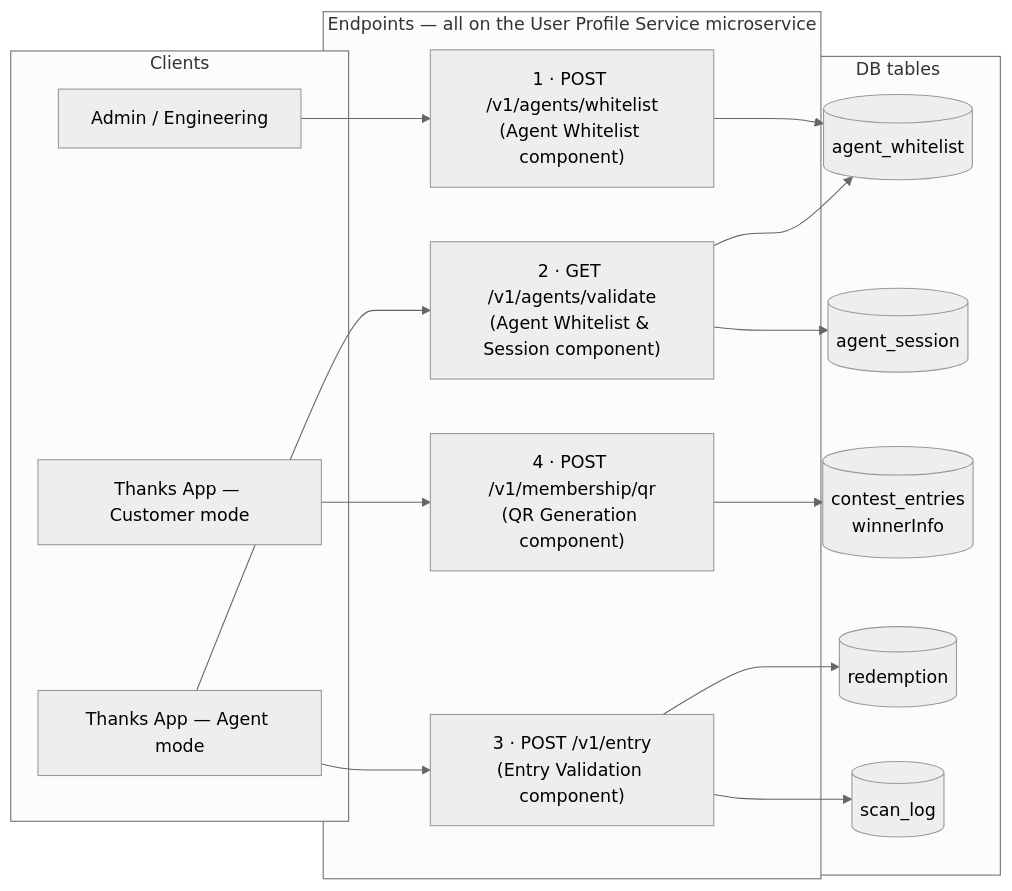
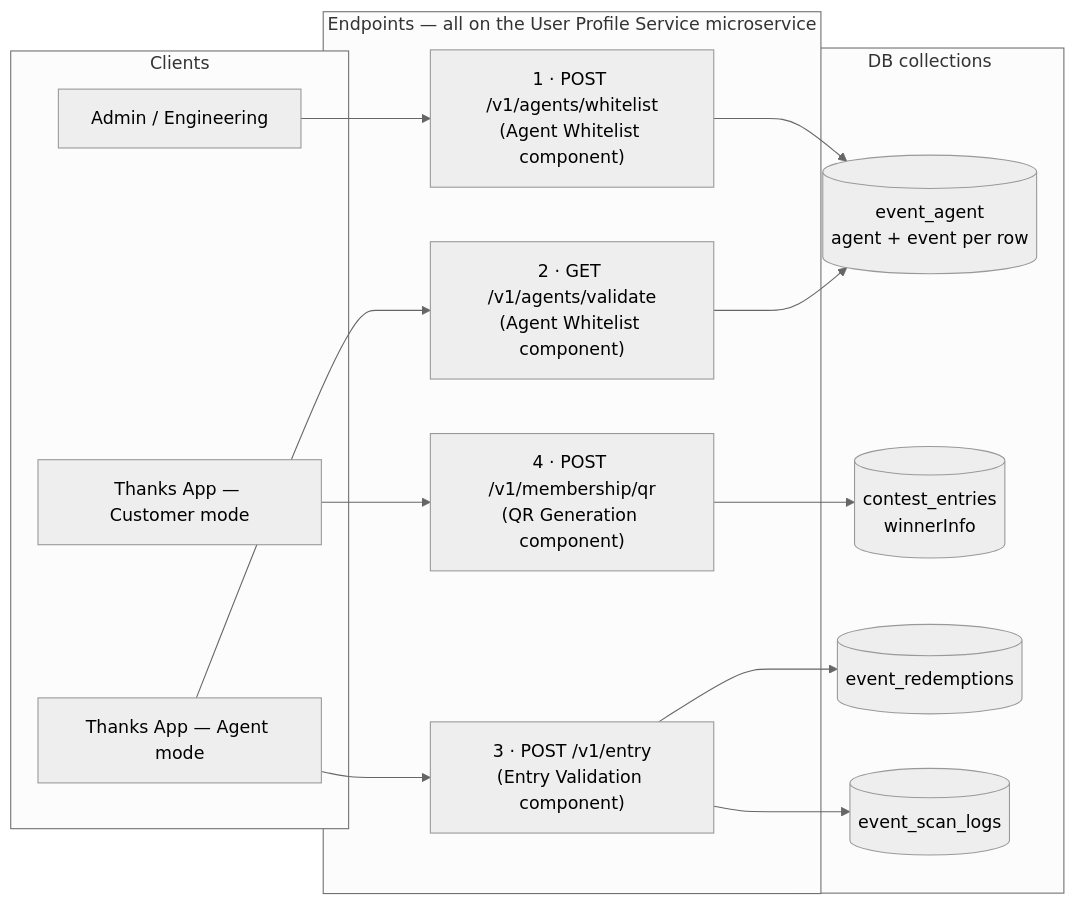
One commit to Amitpawar503/lazzy changed the third of 16 diagrams in docs/digital-membership/03-hld.md. Above: the diagram before and after it, drawn with Mermaid (neutral theme). The commit also changed other lines of this file and 33 other files, not shown here.

````diff
--- a/docs/digital-membership/03-hld.md
+++ b/docs/digital-membership/03-hld.md
@@ -127,30 +128,28 @@
 ```mermaid
 flowchart LR
   subgraph Clients
     ADMIN[Admin / Engineering]
     ACUST[Thanks App — Customer mode]
     AAGENT[Thanks App — Agent mode]
   end
 
   subgraph Endpoints["Endpoints — all on the User Profile Service microservice"]
     A1["1 · POST /v1/agents/whitelist\n(Agent Whitelist component)"]
-    A2["2 · GET /v1/agents/validate\n(Agent Whitelist & Session component)"]
+    A2["2 · GET /v1/agents/validate\n(Agent Whitelist component)"]
     A3["3 · POST /v1/entry\n(Entry Validation component)"]
     A4["4 · POST /v1/membership/qr\n(QR Generation component)"]
   end
 
-  subgraph Data["DB tables"]
-    WL[(agent_whitelist)]
-    ASESS[(agent_session)]
+  subgraph Data["DB collections"]
+    EA[(event_agent\nagent + event per row)]
     CW[(contest_entries\nwinnerInfo)]
-    RDM[(redemption)]
-    LOG[(scan_log)]
+    RDM[(event_redemptions)]
+    LOG[(event_scan_logs)]
   end
 
-  ADMIN --> A1 --> WL
-  AAGENT --> A2 --> WL
-  A2 --> ASESS
+  ADMIN --> A1 --> EA
+  AAGENT --> A2 --> EA
   ACUST --> A4 --> CW
   AAGENT --> A3 --> RDM
   A3 --> LOG
 ```
````
